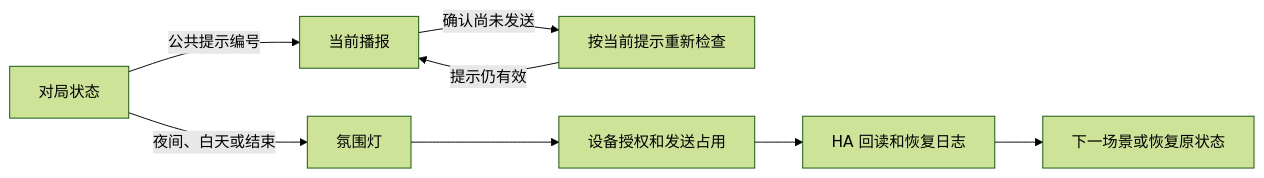
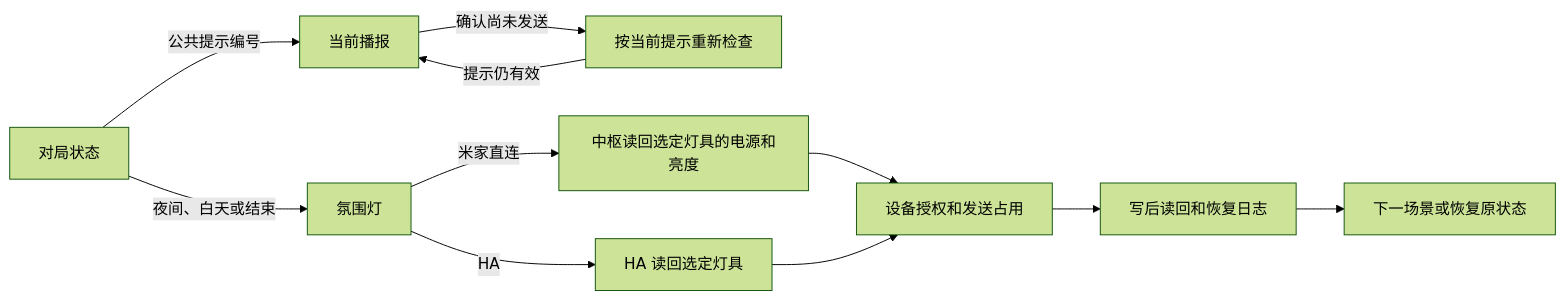
Before and after one commit to Geeprox/Friday: diagram 38 of 44 in docs/architecture.md, drawn with Mermaid (forest theme). The commit also changed other lines of this file and 5 other files, not shown here.

````diff
--- a/docs/architecture.md
+++ b/docs/architecture.md
@@ -755,10 +755,13 @@
 ```mermaid
 flowchart LR
   G[对局状态] -->|公共提示编号| V[当前播报]
   V -->|确认尚未发送| C[按当前提示重新检查]
   C -->|提示仍有效| V
   G -->|夜间、白天或结束| L[氛围灯]
-  L --> A[设备授权和发送占用]
-  A --> R[HA 回读和恢复日志]
+  L -->|米家直连| M[中枢读回选定灯具的电源和亮度]
+  L -->|HA| H[HA 读回选定灯具]
+  M --> A[设备授权和发送占用]
+  H --> A
+  A --> R[写后读回和恢复日志]
   R --> N[下一场景或恢复原状态]
 ```
````
